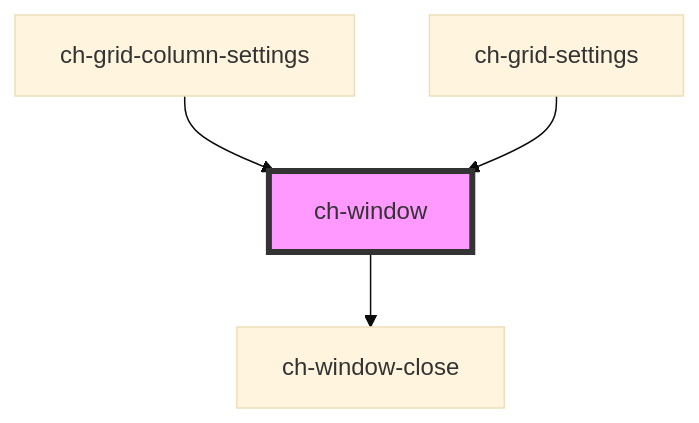
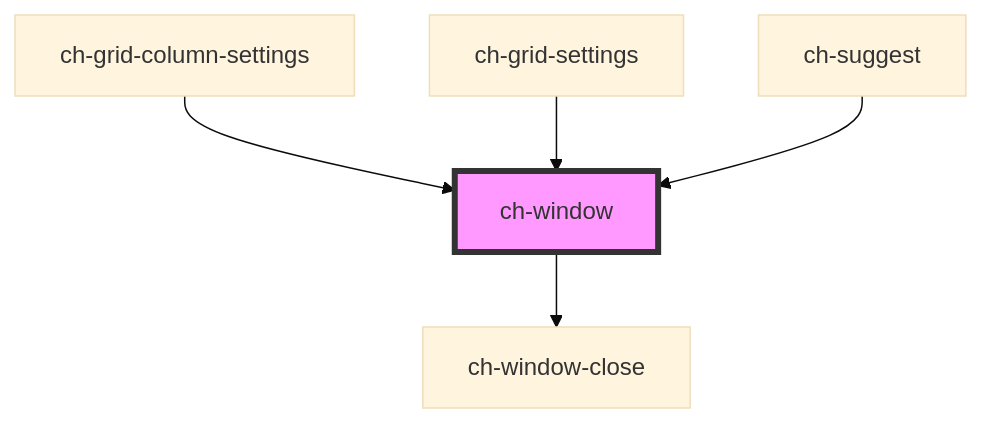
The diagram in src/components/window/readme.md (genexuslabs/chameleon-controls-library), drawn with Mermaid (base theme) before and after one commit. The commit also changed other lines of this file and 23 other files, not shown here.

````diff
--- a/src/components/window/readme.md
+++ b/src/components/window/readme.md
@@ -56,7 +57,8 @@
 ```mermaid
 graph TD;
   ch-window --> ch-window-close
   ch-grid-column-settings --> ch-window
   ch-grid-settings --> ch-window
+  ch-suggest --> ch-window
   style ch-window fill:#f9f,stroke:#333,stroke-width:4px
 ```
````
